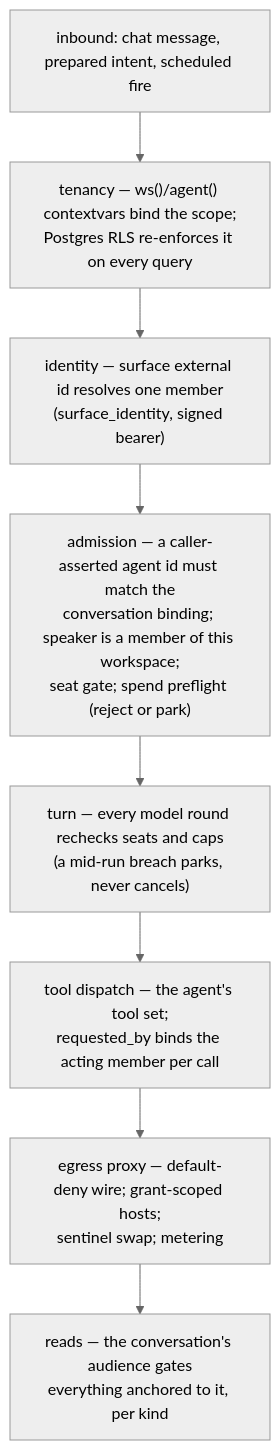
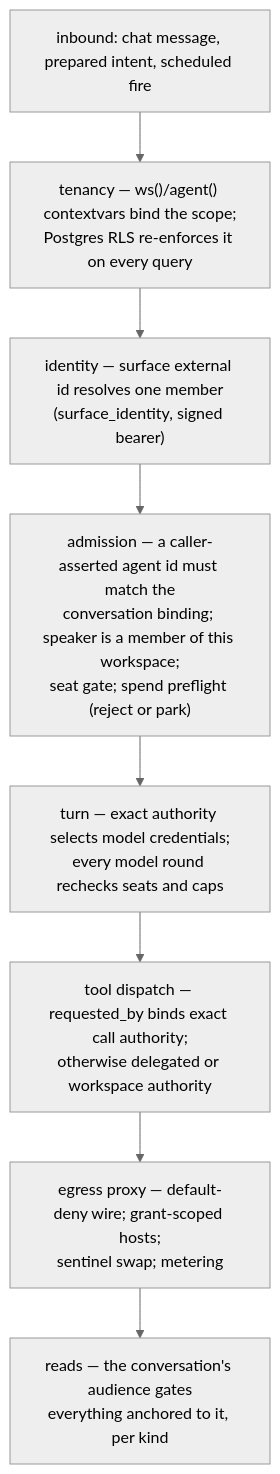
Before and after one commit to ufo-ai/ufo-core: the first of 5 diagrams in docs/permissions.md, drawn with Mermaid (neutral theme). The commit also changed other lines of this file and 80 other files, not shown here.

````diff
--- a/docs/permissions.md
+++ b/docs/permissions.md
@@ -8,11 +9,11 @@
 ```mermaid
 flowchart TD
     IN["inbound: chat message, prepared intent, scheduled fire"]
     IN --> WS["tenancy — ws()/agent() contextvars bind the scope;<br/>Postgres RLS re-enforces it on every query"]
     WS --> ID["identity — surface external id resolves one member<br/>(surface_identity, signed bearer)"]
     ID --> ADM["admission — a caller-asserted agent id must match the<br/>conversation binding; speaker is a member of this workspace;<br/>seat gate; spend preflight (reject or park)"]
-    ADM --> RUN["turn — every model round rechecks seats and caps<br/>(a mid-run breach parks, never cancels)"]
-    RUN --> TOOLS["tool dispatch — the agent's tool set;<br/>requested_by binds the acting member per call"]
+    ADM --> RUN["turn — exact authority selects model credentials;<br/>every model round rechecks seats and caps"]
+    RUN --> TOOLS["tool dispatch — requested_by binds exact call authority;<br/>otherwise delegated or workspace authority"]
     TOOLS --> WIRE["egress proxy — default-deny wire; grant-scoped hosts;<br/>sentinel swap; metering"]
     WIRE --> READS["reads — the conversation's audience gates<br/>everything anchored to it, per kind"]
 ```
````
